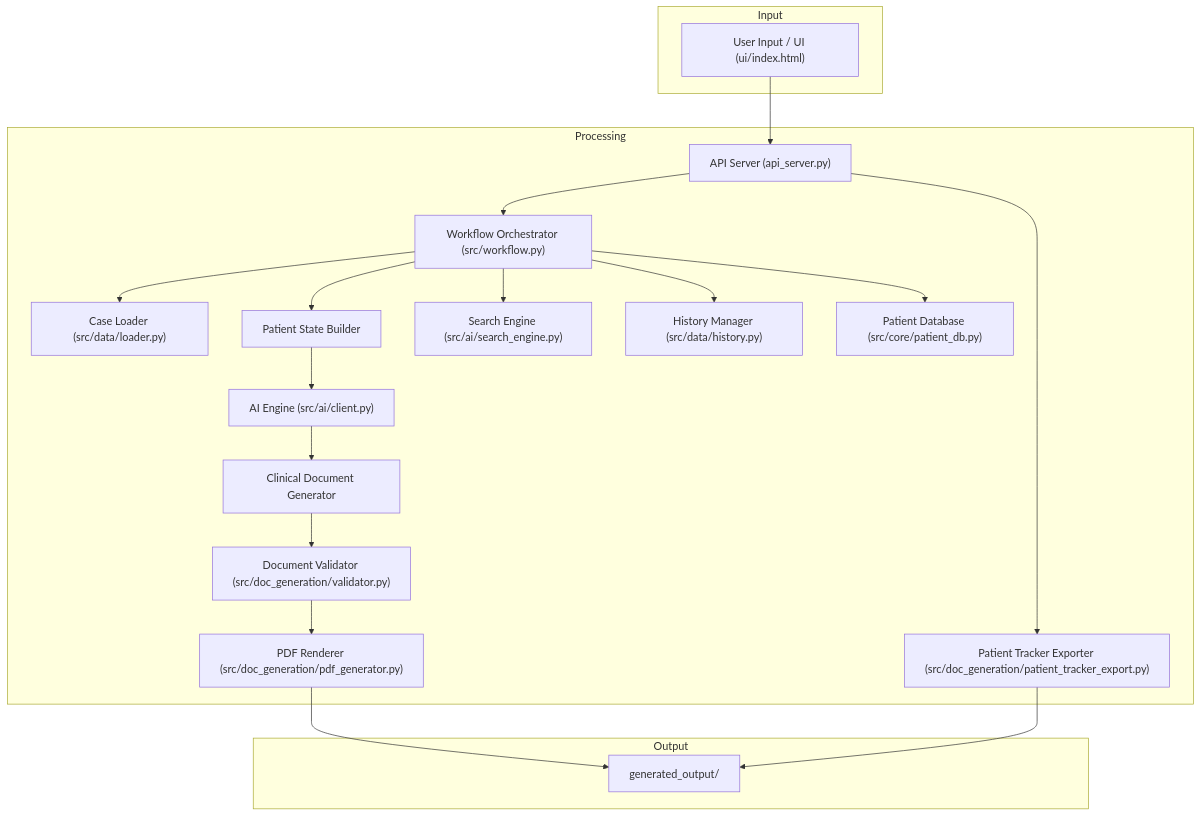
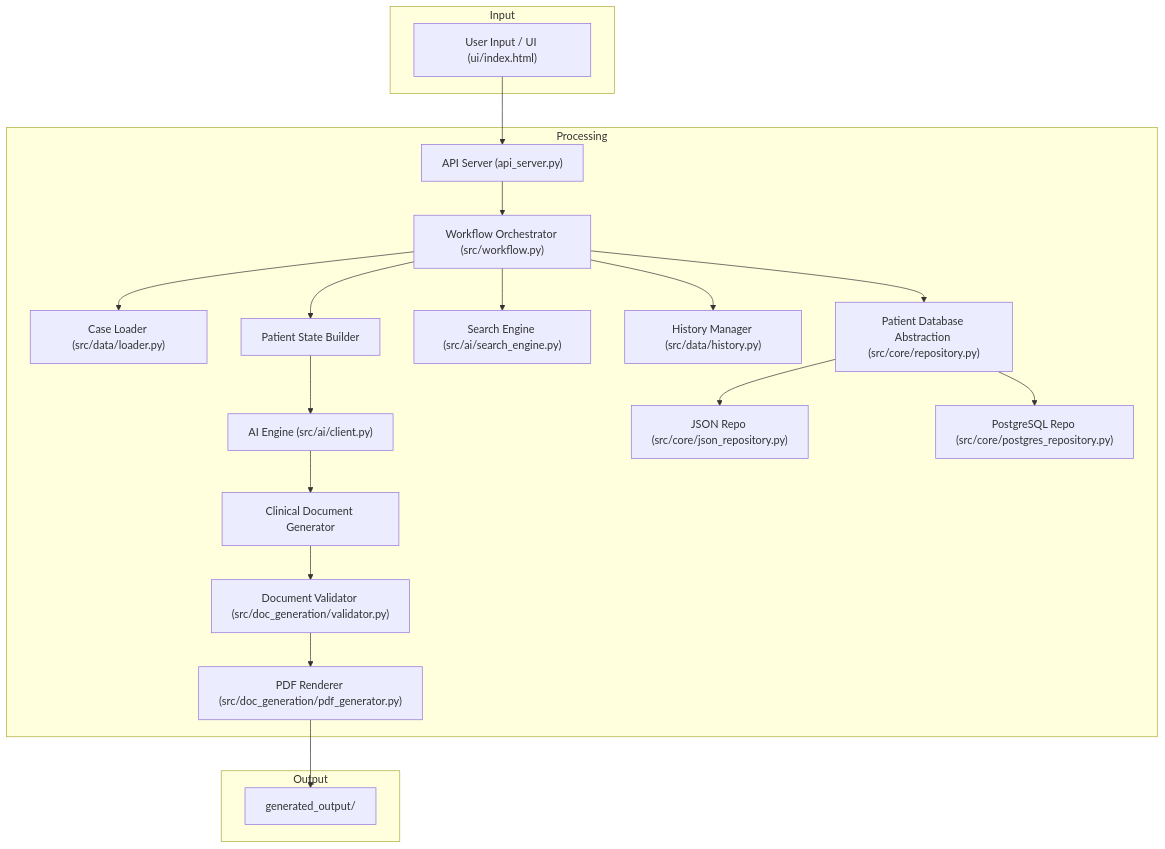
One commit to akshaykumarar/pdgenerator changed the diagram in ARCHITECTURE.md. Above: the diagram before and after it, drawn with Mermaid. The commit also changed other lines of this file and 16 other files, not shown here.

Commit message:
remove legacy patient tracker export module and migrate database management to a unified data migration script

````diff
--- a/ARCHITECTURE.md
+++ b/ARCHITECTURE.md
@@ -41,24 +41,24 @@
 ```mermaid
 graph TD
     subgraph Input
         UI["User Input / UI (ui/index.html)"]
     end
     subgraph Processing
         API["API Server (api_server.py)"] --> Generator["Workflow Orchestrator (src/workflow.py)"]
-        API --> TrackerExporter["Patient Tracker Exporter (src/doc_generation/patient_tracker_export.py)"]
         Generator --> DataLoader["Case Loader (src/data/loader.py)"]
         Generator --> PatientState["Patient State Builder"]
         PatientState --> AIEngine["AI Engine (src/ai/client.py)"]
         AIEngine --> Documents["Clinical Document Generator"]
         Documents --> Validator["Document Validator (src/doc_generation/validator.py)"]
         Validator --> PDFFactory["PDF Renderer (src/doc_generation/pdf_generator.py)"]
         Generator --> Search["Search Engine (src/ai/search_engine.py)"]
         Generator --> History["History Manager (src/data/history.py)"]
-        Generator --> DB["Patient Database (src/core/patient_db.py)"]
+        Generator --> DB["Patient Database Abstraction (src/core/repository.py)"]
+        DB --> JSONRepo["JSON Repo (src/core/json_repository.py)"]
+        DB --> PostgresRepo["PostgreSQL Repo (src/core/postgres_repository.py)"]
     end
     subgraph Output
         PDFFactory --> OutputDir["generated_output/"]
-        TrackerExporter --> OutputDir
     end
     UI --> API
 ```
````
